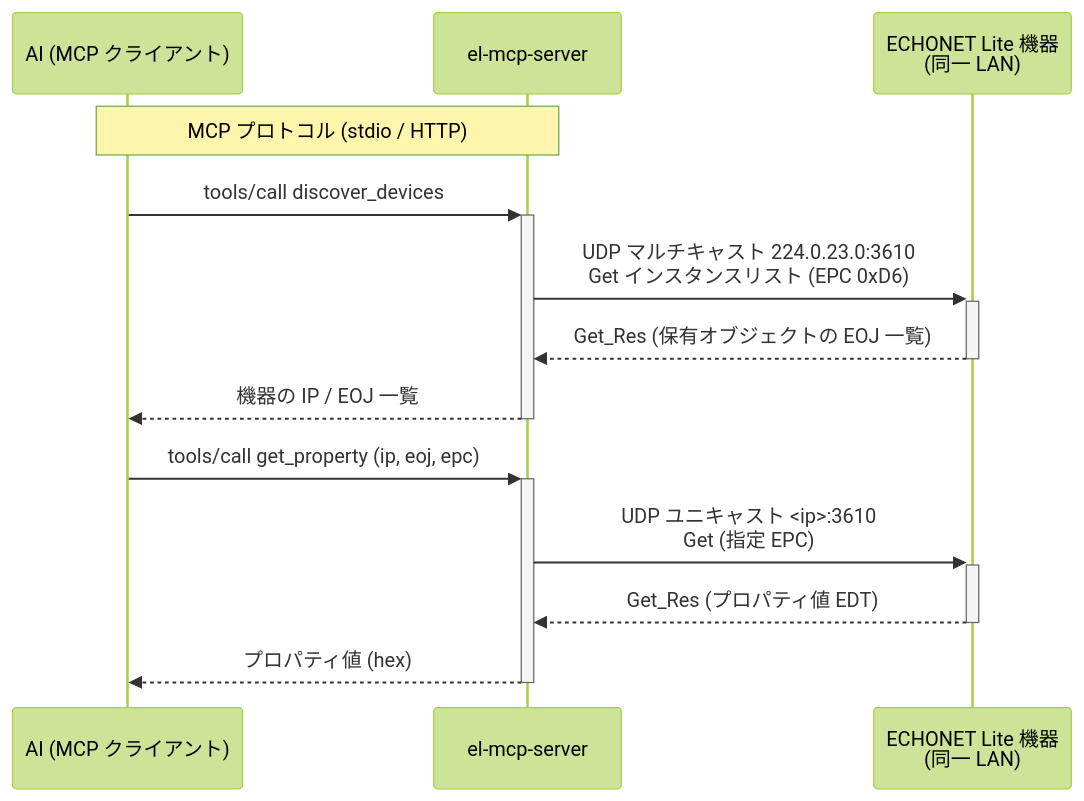
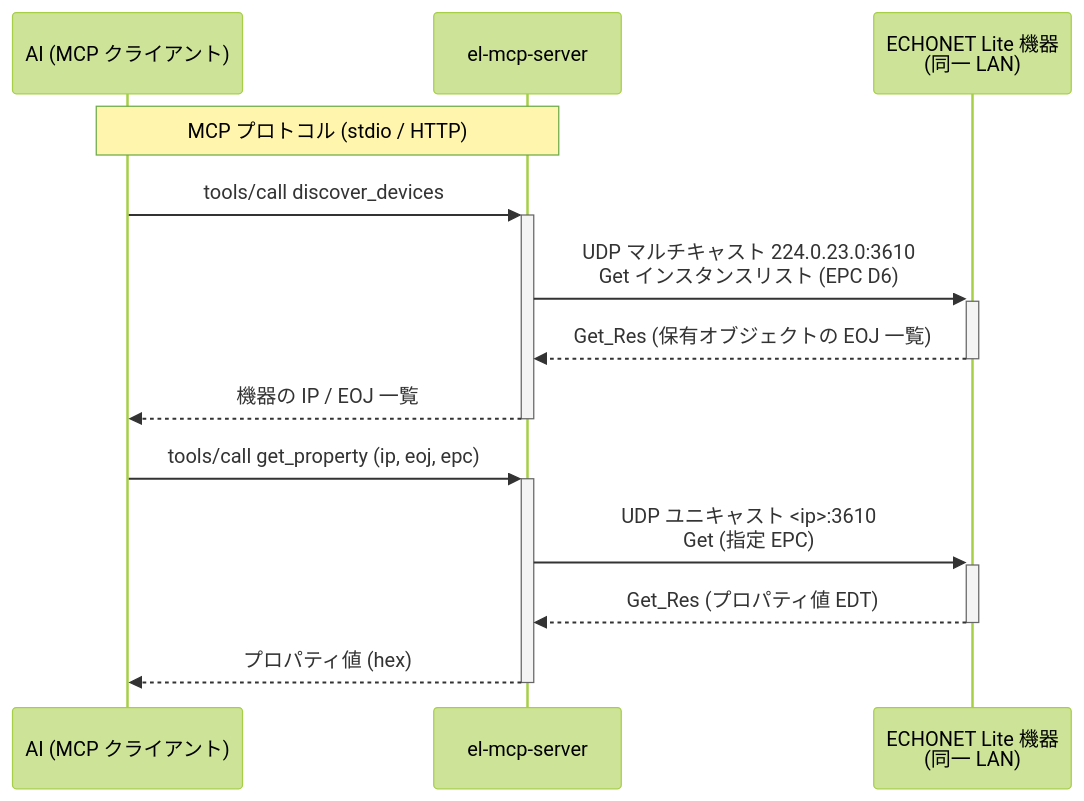
Before and after one commit to thekuwayama/el-mcp-server: the second of 3 diagrams in README.md, drawn with Mermaid (forest theme).

Commit message:
docs: drop 0x prefix from EPC D6 in sequence diagram

````diff
--- a/README.md
+++ b/README.md
@@ -81,18 +81,18 @@
 ```mermaid
 sequenceDiagram
     participant AI as AI (MCP クライアント)
     participant S as el-mcp-server
     participant D as ECHONET Lite 機器<br/>(同一 LAN)
 
     Note over AI,S: MCP プロトコル (stdio / HTTP)
 
     AI->>+S: tools/call discover_devices
-    S->>+D: UDP マルチキャスト 224.0.23.0:3610<br/>Get インスタンスリスト (EPC 0xD6)
+    S->>+D: UDP マルチキャスト 224.0.23.0:3610<br/>Get インスタンスリスト (EPC D6)
     D-->>-S: Get_Res (保有オブジェクトの EOJ 一覧)
     S-->>-AI: 機器の IP / EOJ 一覧
 
     AI->>+S: tools/call get_property (ip, eoj, epc)
     S->>+D: UDP ユニキャスト <ip>:3610<br/>Get (指定 EPC)
     D-->>-S: Get_Res (プロパティ値 EDT)
     S-->>-AI: プロパティ値 (hex)
 ```
````
